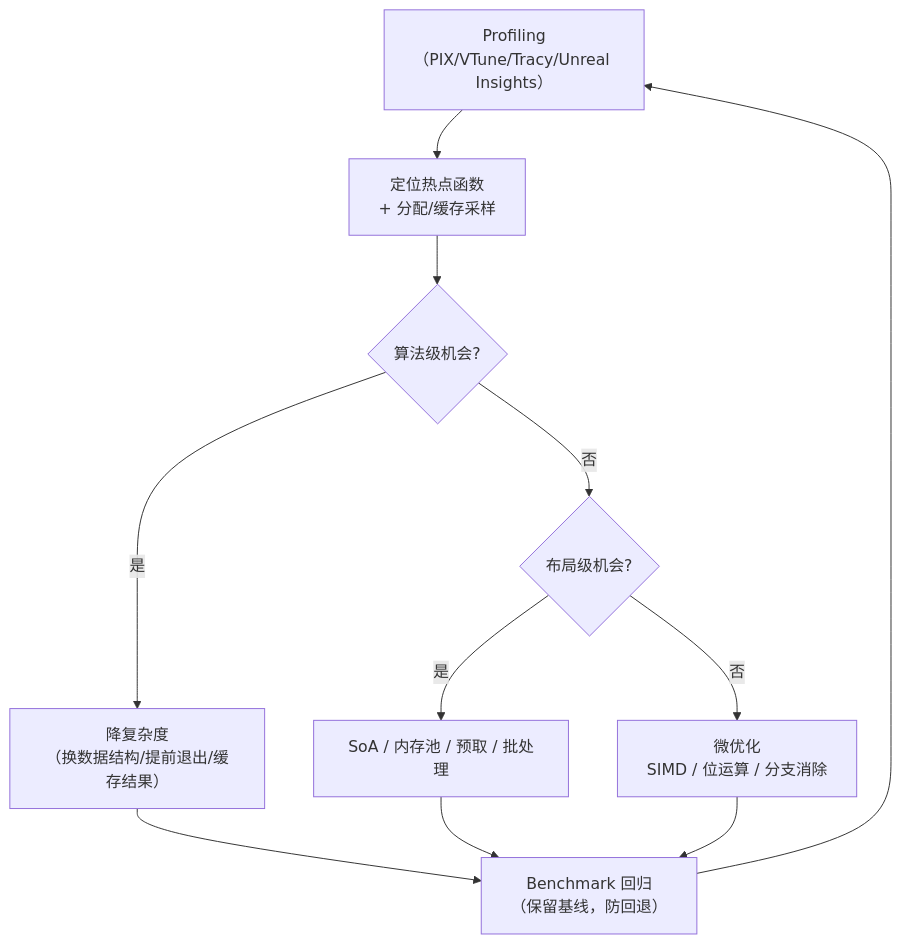
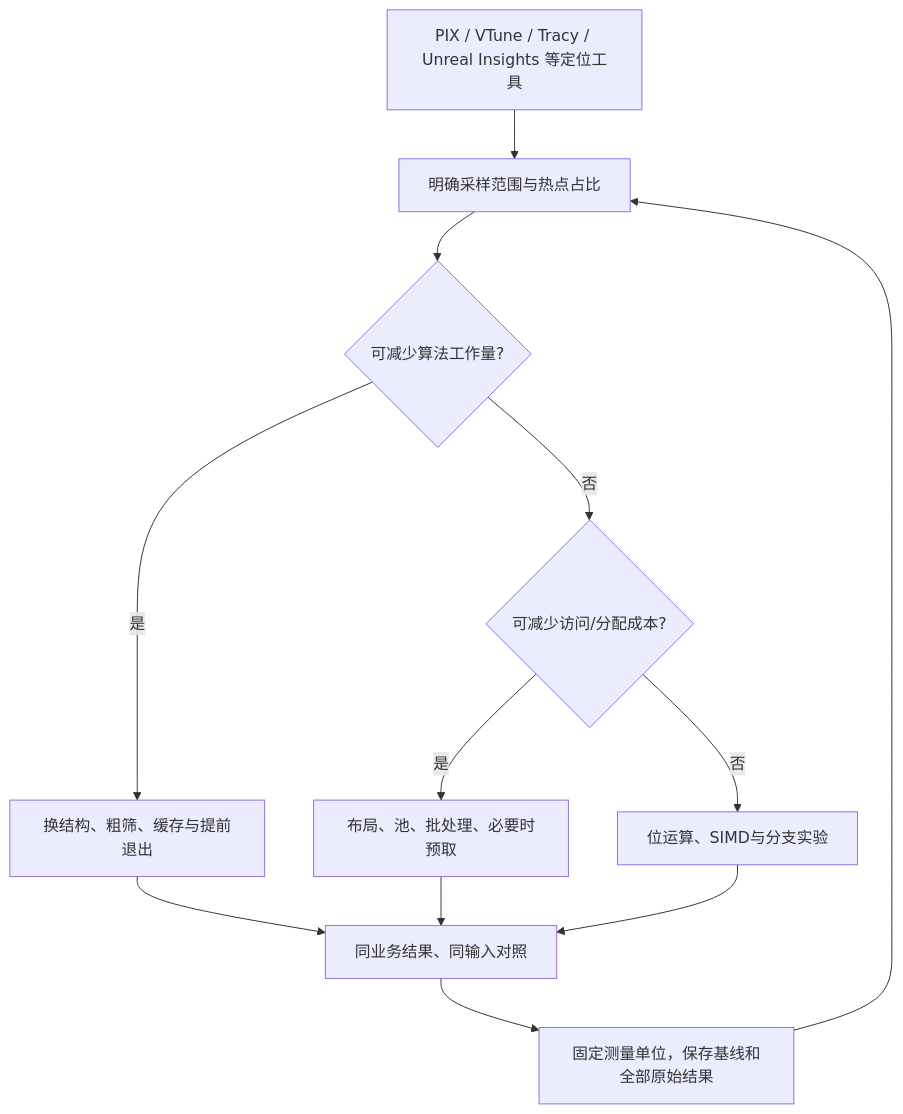
One commit to fantuan812/learning changed the second of 2 diagrams in 知识/02-数学与游戏算法/数据结构与编码/05-位运算与性能优化技巧.md. Above: the diagram before and after it, drawn with Mermaid. The commit also changed other lines of this file and 2 other files, not shown here.

````diff
--- a/知识/02-数学与游戏算法/数据结构与编码/05-位运算与性能优化技巧.md
+++ b/知识/02-数学与游戏算法/数据结构与编码/05-位运算与性能优化技巧.md
@@ -279,13 +479,14 @@
 ```mermaid
 flowchart TD
-    A["Profiling<br/>（PIX/VTune/Tracy/Unreal Insights）"] --> B["定位热点函数<br/>+ 分配/缓存采样"]
-    B --> C{"算法级机会?"}
-    C -- "是" --> D["降复杂度<br/>（换数据结构/提前退出/缓存结果）"]
-    C -- "否" --> E{"布局级机会?"}
-    E -- "是" --> F["SoA / 内存池 / 预取 / 批处理"]
-    E -- "否" --> G["微优化<br/>SIMD / 位运算 / 分支消除"]
-    D --> H["Benchmark 回归<br/>（保留基线，防回退）"]
+    A["PIX / VTune / Tracy / Unreal Insights 等定位工具"] --> B["明确采样范围与热点占比"]
+    B --> C{"可减少算法工作量?"}
+    C -- "是" --> D["换结构、粗筛、缓存与提前退出"]
+    C -- "否" --> E{"可减少访问/分配成本?"}
+    E -- "是" --> F["布局、池、批处理、必要时预取"]
+    E -- "否" --> G["位运算、SIMD与分支实验"]
+    D --> H["同业务结果、同输入对照"]
     F --> H
     G --> H
-    H --> A
+    H --> I["固定测量单位，保存基线和全部原始结果"]
+    I --> B
 ```
````
